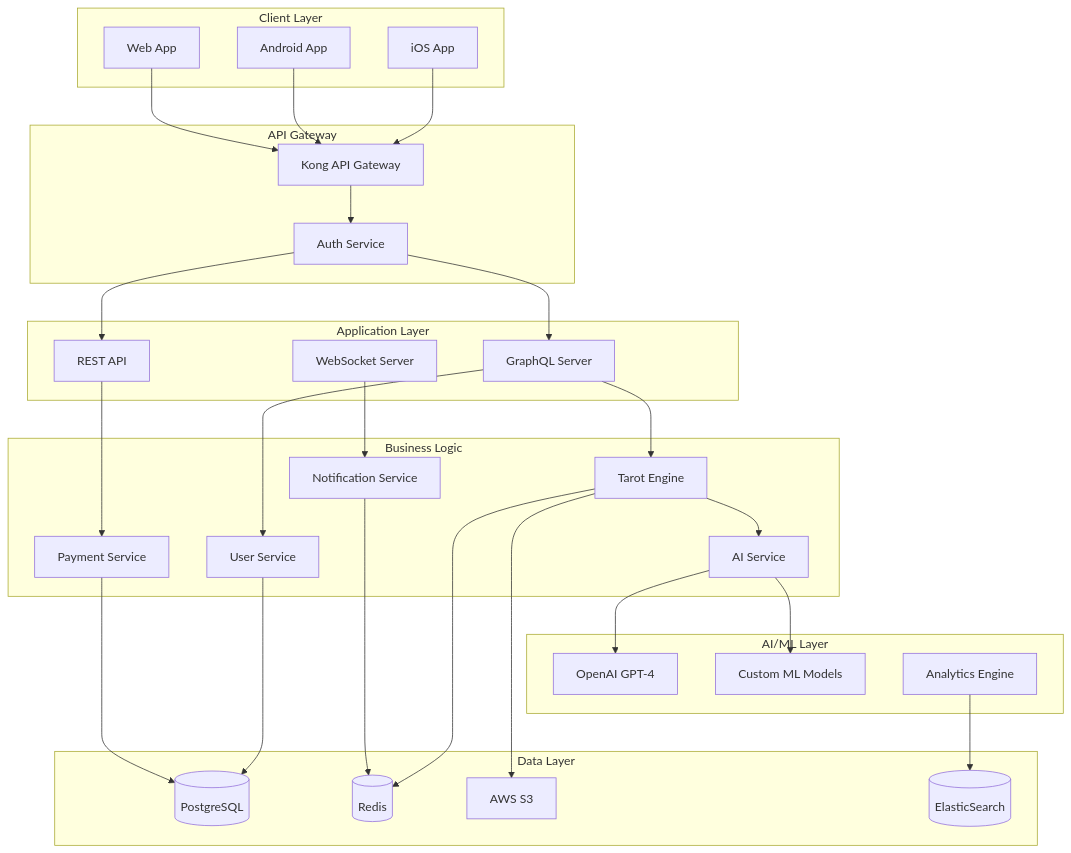
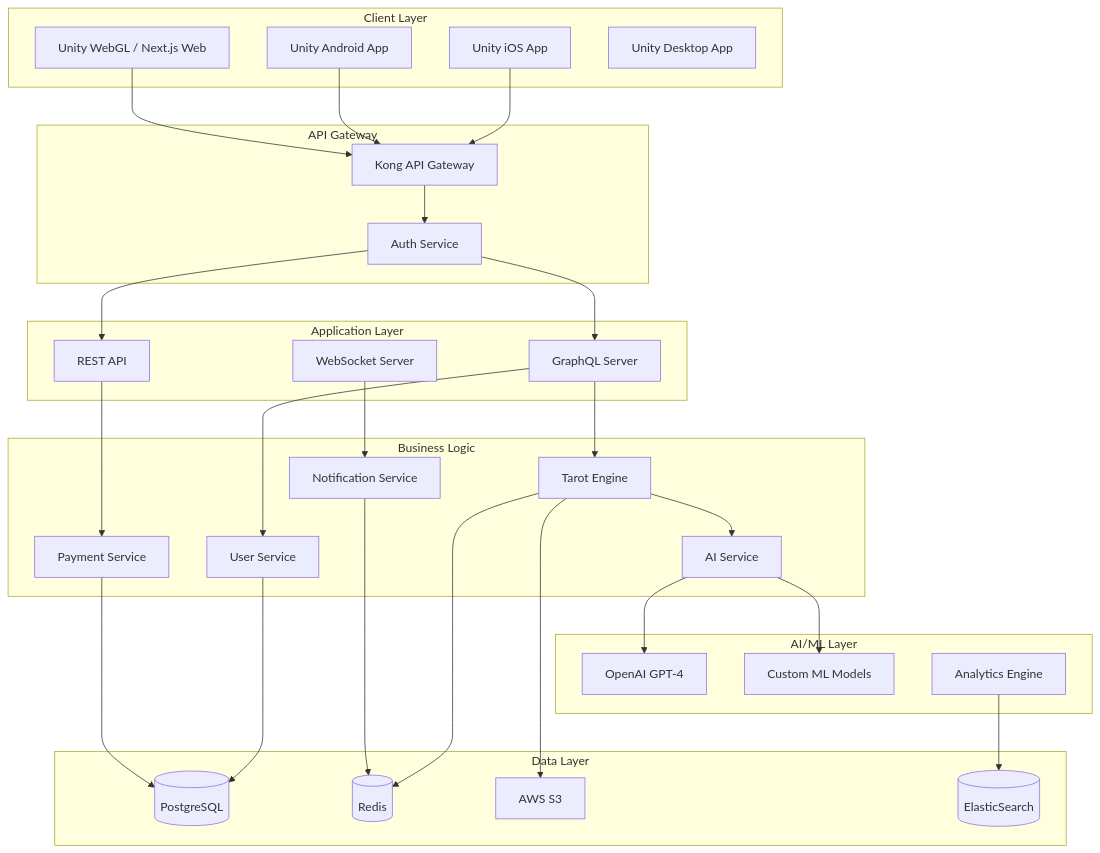
The diagram in Step2_기술_설계/01_타로앱_개발기획서.md (mindvridge/Demo), drawn with Mermaid before and after one commit. The commit also changed other lines of this file and 2 other files, not shown here.

````diff
--- a/Step2_기술_설계/01_타로앱_개발기획서.md
+++ b/Step2_기술_설계/01_타로앱_개발기획서.md
@@ -77,65 +81,66 @@
 ```mermaid
 graph TB
     subgraph "Client Layer"
-        iOS[iOS App]
-        Android[Android App]
-        Web[Web App]
+        iOS[Unity iOS App]
+        Android[Unity Android App]
+        Web[Unity WebGL / Next.js Web]
+        Desktop[Unity Desktop App]
     end
     
     subgraph "API Gateway"
         Gateway[Kong API Gateway]
         Auth[Auth Service]
     end
     
     subgraph "Application Layer"
         GraphQL[GraphQL Server]
         REST[REST API]
         WebSocket[WebSocket Server]
     end
     
     subgraph "Business Logic"
         UserService[User Service]
         TarotService[Tarot Engine]
         PaymentService[Payment Service]
         NotificationService[Notification Service]
         AIService[AI Service]
     end
     
     subgraph "Data Layer"
         PostgreSQL[(PostgreSQL)]
         Redis[(Redis)]
         S3[AWS S3]
         ElasticSearch[(ElasticSearch)]
     end
     
     subgraph "AI/ML Layer"
         GPT[OpenAI GPT-4]
         CustomML[Custom ML Models]
         Analytics[Analytics Engine]
     end
     
     iOS --> Gateway
     Android --> Gateway
     Web --> Gateway
     
     Gateway --> Auth
     Auth --> GraphQL
     Auth --> REST
     
     GraphQL --> UserService
     GraphQL --> TarotService
     REST --> PaymentService
     WebSocket --> NotificationService
     
     TarotService --> AIService
     AIService --> GPT
     AIService --> CustomML
     
     UserService --> PostgreSQL
     TarotService --> Redis
     PaymentService --> PostgreSQL
     NotificationService --> Redis
     
     TarotService --> S3
     Analytics --> ElasticSearch
 ```
````
